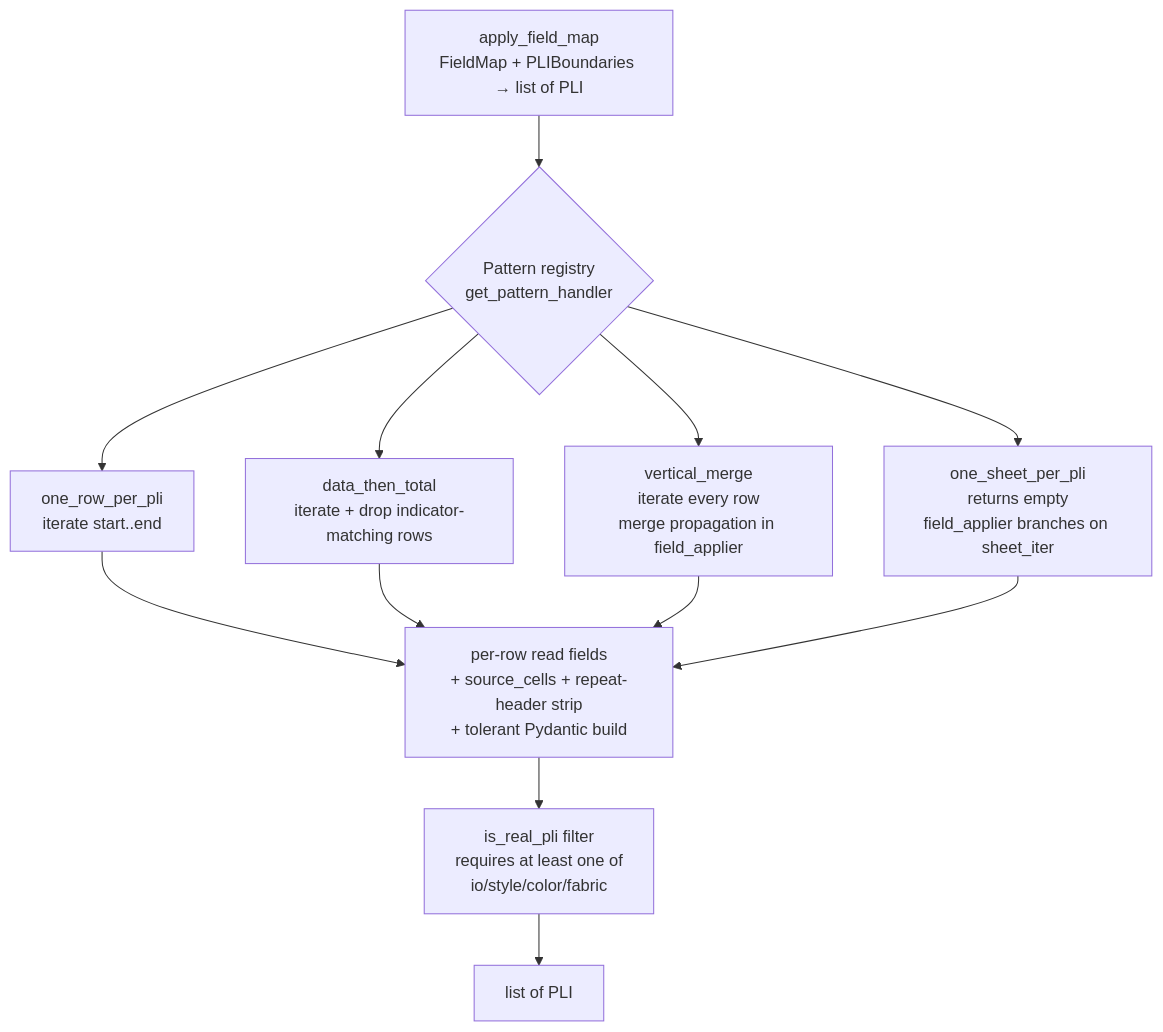
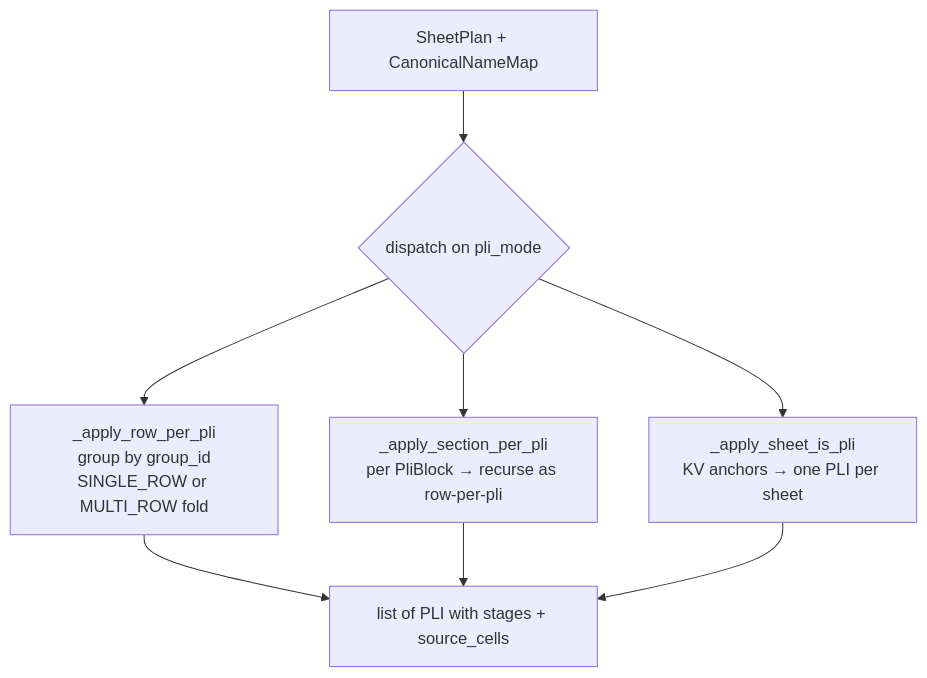
One commit to DAITA-Labs/tna-service changed the seventh of 9 diagrams in ARCHITECTURE.md. Above: the diagram before and after it, drawn with Mermaid. The commit also changed other lines of this file, not shown here.

First line of the commit message:
docs(architecture): rewrite for SheetRowPlanner pipeline

````diff
--- a/ARCHITECTURE.md
+++ b/ARCHITECTURE.md
@@ -372,23 +432,14 @@
 ```mermaid
 flowchart TB
-    FA[apply_field_map<br/>FieldMap + PLIBoundaries → list of PLI]
-    PR{Pattern registry<br/>get_pattern_handler}
-    H1[one_row_per_pli<br/>iterate start..end]
-    H2[data_then_total<br/>iterate + drop indicator-matching rows]
-    H3[vertical_merge<br/>iterate every row<br/>merge propagation in field_applier]
-    H4[one_sheet_per_pli<br/>returns empty<br/>field_applier branches on sheet_iter]
+    IN[SheetPlan + CanonicalNameMap]
+    M{dispatch on pli_mode}
+    R[_apply_row_per_pli<br/>group by group_id<br/>SINGLE_ROW or MULTI_ROW fold]
+    S[_apply_section_per_pli<br/>per PliBlock → recurse as row-per-pli]
+    K[_apply_sheet_is_pli<br/>KV anchors → one PLI per sheet]
+    OUT[list of PLI with stages + source_cells]
 
-    FA --> PR
-    PR --> H1
-    PR --> H2
-    PR --> H3
-    PR --> H4
-
-    H1 --> ITER[per-row read fields<br/>+ source_cells + repeat-header strip<br/>+ tolerant Pydantic build]
-    H2 --> ITER
-    H3 --> ITER
-    H4 --> ITER
-
-    ITER --> FILTER[is_real_pli filter<br/>requires at least one of<br/>io/style/color/fabric]
-    FILTER --> OUT[list of PLI]
+    IN --> M
+    M --> R --> OUT
+    M --> S --> OUT
+    M --> K --> OUT
 ```
````
